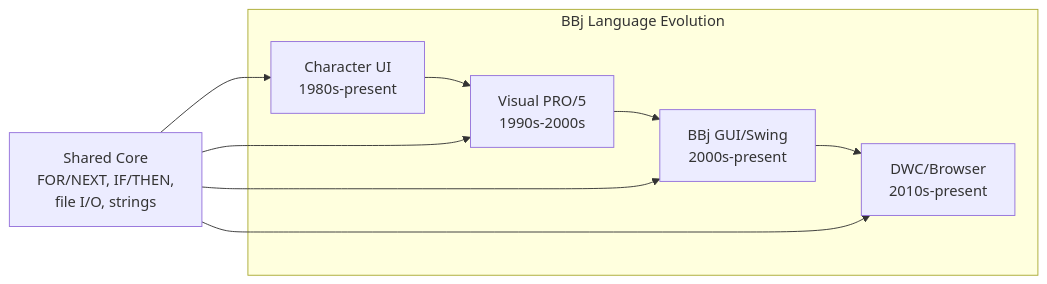
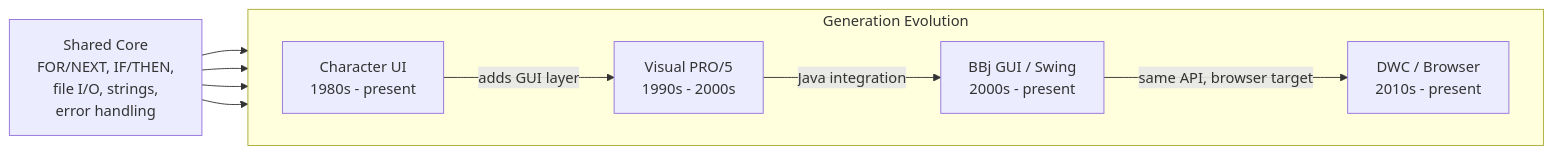
Before and after one commit to StephanWald/bbj-ai-strategy: the diagram in docs/01-bbj-challenge/index.mdx, drawn with Mermaid. The commit also changed other lines of this file, not shown here.

First line of the commit message:
feat(03-02): write Chapter 1 — The BBj Challenge

````diff
--- a/docs/01-bbj-challenge/index.mdx
+++ b/docs/01-bbj-challenge/index.mdx
@@ -33,13 +30,20 @@
 ```mermaid
 graph LR
-    subgraph "BBj Language Evolution"
-        CHAR["Character UI<br/>1980s-present"] --> VPRO5["Visual PRO/5<br/>1990s-2000s"]
-        VPRO5 --> GUI["BBj GUI/Swing<br/>2000s-present"]
-        GUI --> DWC["DWC/Browser<br/>2010s-present"]
+    CORE["Shared Core<br/>FOR/NEXT, IF/THEN,<br/>file I/O, strings,<br/>error handling"]
+
+    subgraph "Generation Evolution"
+        direction LR
+        CHAR["Character UI<br/>1980s - present"]
+        VPRO5["Visual PRO/5<br/>1990s - 2000s"]
+        GUI["BBj GUI / Swing<br/>2000s - present"]
+        DWC["DWC / Browser<br/>2010s - present"]
     end
 
-    CORE["Shared Core<br/>FOR/NEXT, IF/THEN,<br/>file I/O, strings"] --> CHAR
+    CORE --> CHAR
     CORE --> VPRO5
     CORE --> GUI
     CORE --> DWC
+    CHAR -->|"adds GUI layer"| VPRO5
+    VPRO5 -->|"Java integration"| GUI
+    GUI -->|"same API, browser target"| DWC
 ```
````
